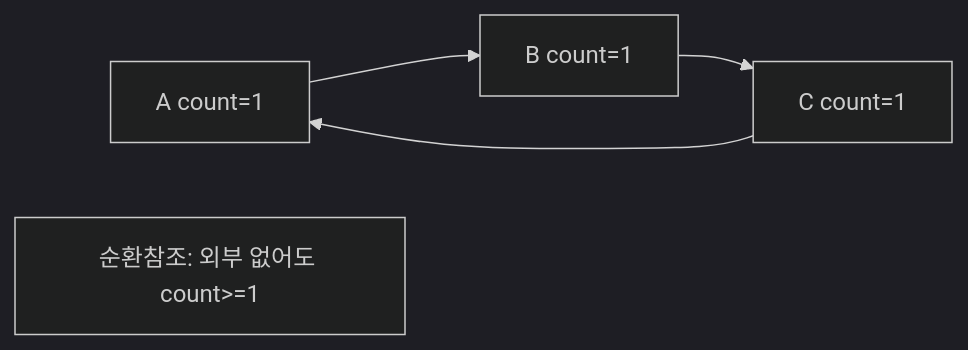
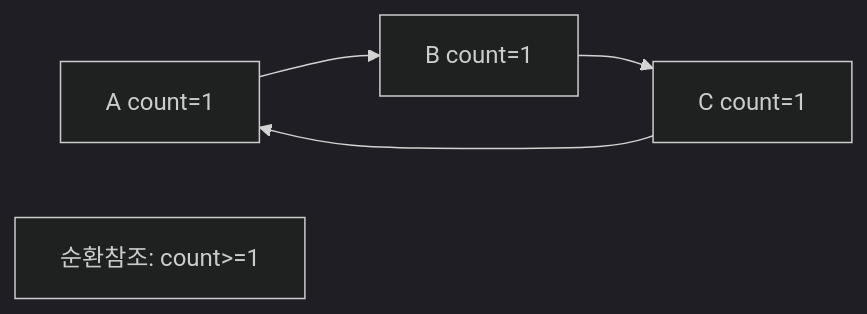
The sixth of 29 diagrams in _posts/java/2026-05-01-java-garbage-collector.md (yjkim2015/yjkim2015.github.io), drawn with Mermaid (dark theme) before and after one commit. The commit also changed other lines of this file and 48 other files, not shown here.

First line of the commit message:
Mermaid 최종 47건 수정: participant/노드/줄수/라벨 전부 기준 이하

````diff
--- a/_posts/java/2026-05-01-java-garbage-collector.md
+++ b/_posts/java/2026-05-01-java-garbage-collector.md
@@ -118,5 +118,5 @@
 ```mermaid
 graph LR
     A["A count=1"] --> B["B count=1"] --> C["C count=1"] --> A
-    NOTE["순환참조: 외부 없어도 count>=1"]
+    NOTE["순환참조: count>=1"]
 ```
````
